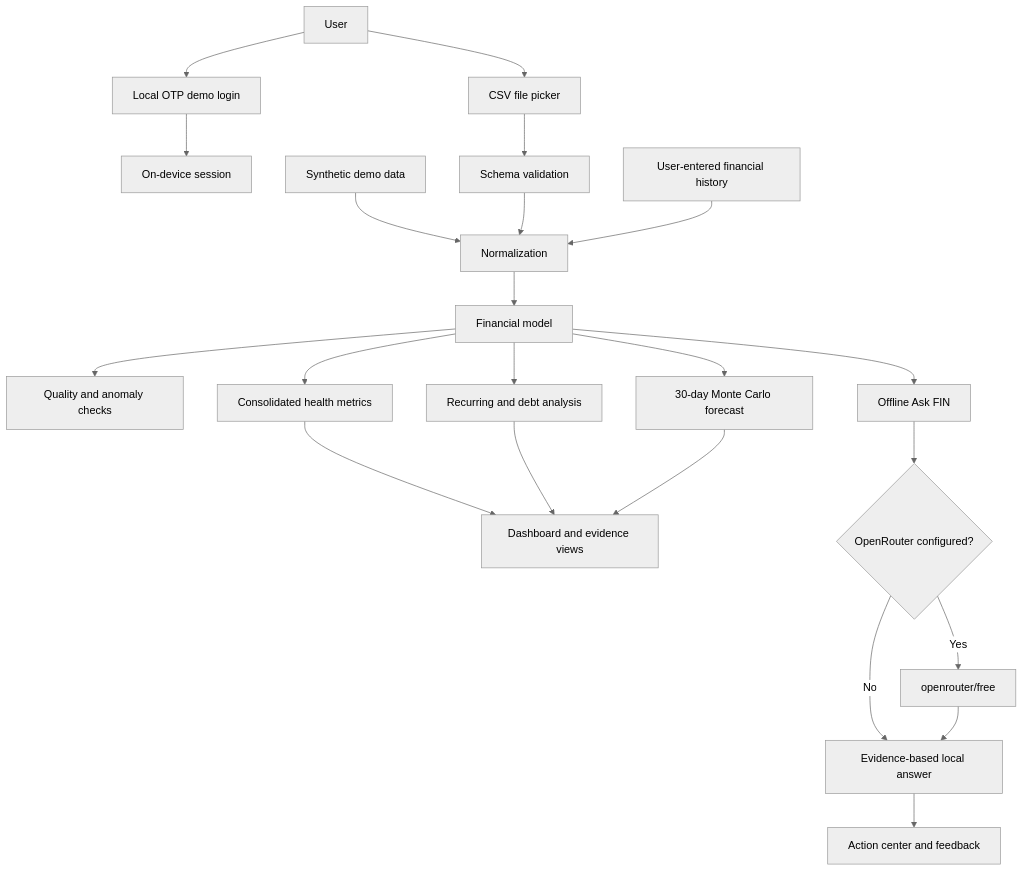
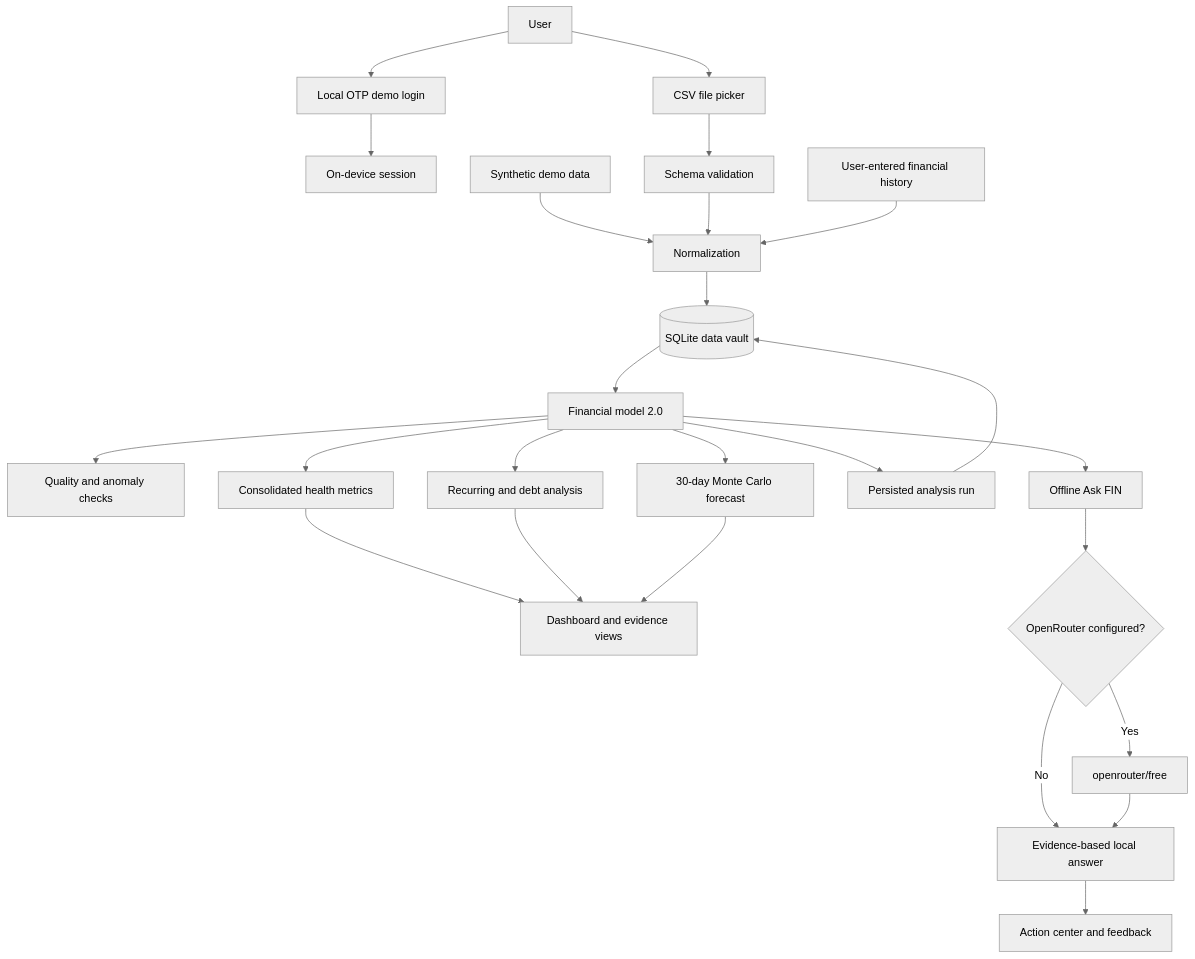
The diagram in docs/ARCHITECTURE.md (AnantHejib/HACKMATRIX-5.0), drawn with Mermaid (neutral theme) before and after one commit. The commit also changed other lines of this file and 14 other files, not shown here.

Commit message:
Add durable financial data vault and analysis model 2.0

````diff
--- a/docs/ARCHITECTURE.md
+++ b/docs/ARCHITECTURE.md
@@ -7,24 +7,27 @@
 ```mermaid
 flowchart TD
     U[User] --> L[Local OTP demo login]
     L --> S[On-device session]
     U --> P[CSV file picker]
     P --> V[Schema validation]
     X[Synthetic demo data] --> N[Normalization]
     V --> N
     H[User-entered financial history] --> N
-    N --> M[Financial model]
+    N --> DB[(SQLite data vault)]
+    DB --> M[Financial model 2.0]
     M --> Q[Quality and anomaly checks]
     M --> C[Consolidated health metrics]
     M --> R[Recurring and debt analysis]
     M --> F[30-day Monte Carlo forecast]
     C --> UI[Dashboard and evidence views]
     R --> UI
     F --> UI
+    M --> AR[Persisted analysis run]
+    AR --> DB
     M --> A[Offline Ask FIN]
     A --> O{OpenRouter configured?}
     O -- No --> Z[Evidence-based local answer]
     O -- Yes --> API[openrouter/free]
     API --> Z
     Z --> AC[Action center and feedback]
 ```
````
